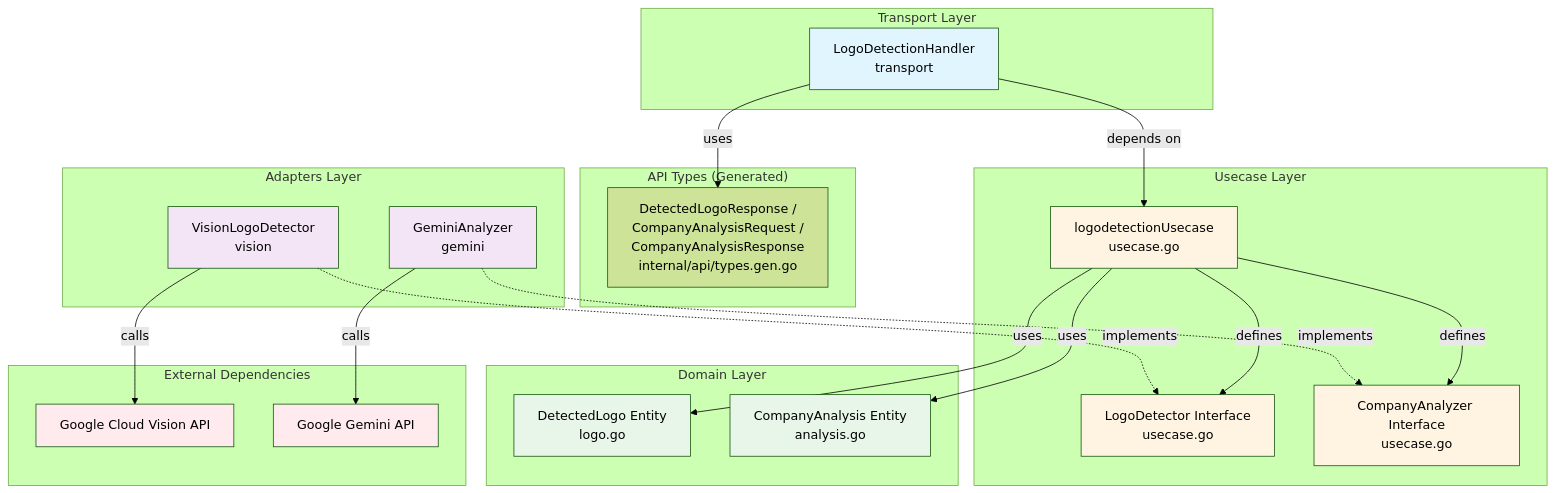
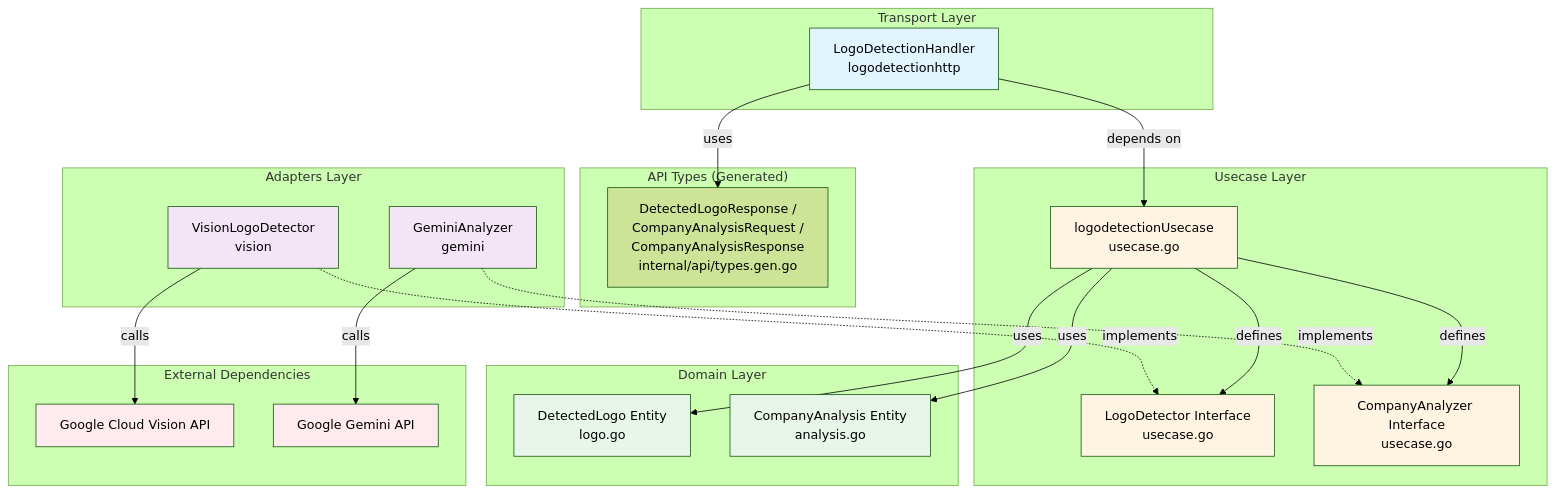
The third of 3 diagrams in internal/feature/logodetection/README.md (UCHIDAnobuhiro/stock_backend), drawn with Mermaid (forest theme) before and after one commit. The commit also changed other lines of this file and 9 other files, not shown here.

````diff
--- a/internal/feature/logodetection/README.md
+++ b/internal/feature/logodetection/README.md
@@ -224,53 +224,53 @@
 ```mermaid
 graph TB
     subgraph "Transport Layer"
-        Handler[LogoDetectionHandler<br/>transport]
+        Handler[LogoDetectionHandler<br/>logodetectionhttp]
     end
 
     subgraph "API Types (Generated)"
         APITypes[DetectedLogoResponse /<br/>CompanyAnalysisRequest /<br/>CompanyAnalysisResponse<br/>internal/api/types.gen.go]
     end
 
     subgraph "Usecase Layer"
         Usecase[logodetectionUsecase<br/>usecase.go]
         DetectorIF[LogoDetector Interface<br/>usecase.go]
         AnalyzerIF[CompanyAnalyzer Interface<br/>usecase.go]
     end
 
     subgraph "Domain Layer"
         Logo[DetectedLogo Entity<br/>logo.go]
         Analysis[CompanyAnalysis Entity<br/>analysis.go]
     end
 
     subgraph "Adapters Layer"
         Vision[VisionLogoDetector<br/>vision]
         Gemini[GeminiAnalyzer<br/>gemini]
     end
 
     subgraph "External Dependencies"
         VisionAPI[Google Cloud Vision API]
         GeminiAPI[Google Gemini API]
     end
 
     Handler -->|depends on| Usecase
     Handler -->|uses| APITypes
     Usecase -->|defines| DetectorIF
     Usecase -->|defines| AnalyzerIF
     Usecase -->|uses| Logo
     Usecase -->|uses| Analysis
     Vision -.->|implements| DetectorIF
     Gemini -.->|implements| AnalyzerIF
     Vision -->|calls| VisionAPI
     Gemini -->|calls| GeminiAPI
 
     style Handler fill:#e1f5ff
     style Usecase fill:#fff4e1
     style DetectorIF fill:#fff4e1
     style AnalyzerIF fill:#fff4e1
     style Logo fill:#e8f5e9
     style Analysis fill:#e8f5e9
     style Vision fill:#f3e5f5
     style Gemini fill:#f3e5f5
     style VisionAPI fill:#ffebee
     style GeminiAPI fill:#ffebee
 ```
````
